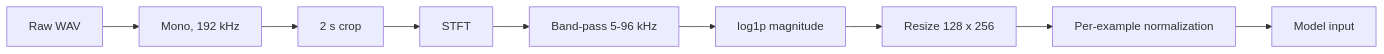
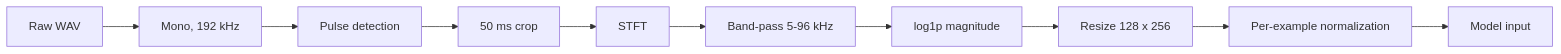
The first of 7 diagrams in README.md (katterns/ViT-BATs), drawn with Mermaid before and after one commit. The commit also changed other lines of this file and 46 other files, not shown here.

````diff
--- a/README.md
+++ b/README.md
@@ -57,11 +65,12 @@
 ```mermaid
 flowchart LR
     A["Raw WAV"] --> B["Mono, 192 kHz"]
-    B --> C["2 s crop"]
-    C --> D["STFT"]
-    D --> E["Band-pass 5-96 kHz"]
-    E --> F["log1p magnitude"]
-    F --> G["Resize 128 x 256"]
-    G --> H["Per-example normalization"]
-    H --> I["Model input"]
+    B --> C["Pulse detection"]
+    C --> D["50 ms crop"]
+    D --> E["STFT"]
+    E --> F["Band-pass 5-96 kHz"]
+    F --> G["log1p magnitude"]
+    G --> H["Resize 128 x 256"]
+    H --> I["Per-example normalization"]
+    I --> J["Model input"]
 ```
````
